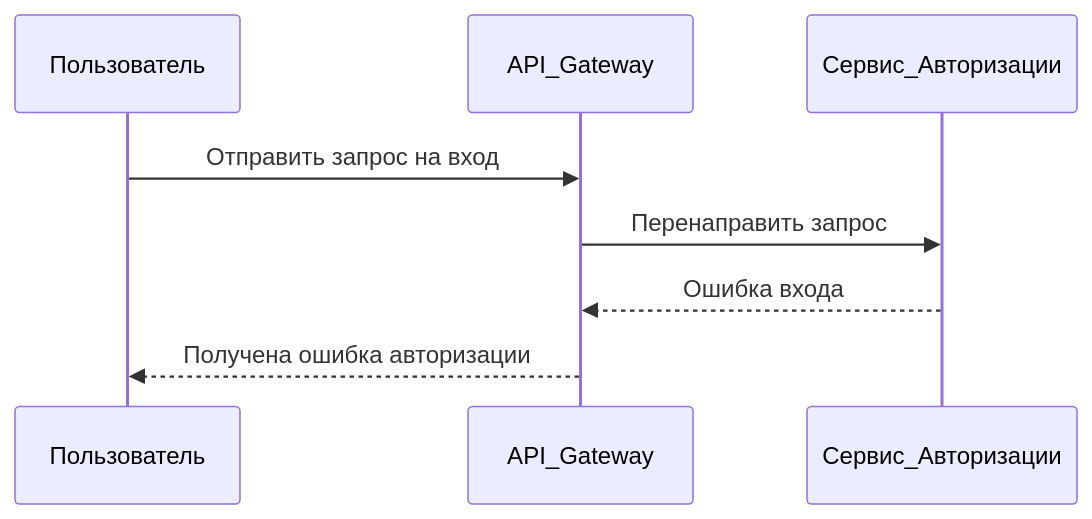
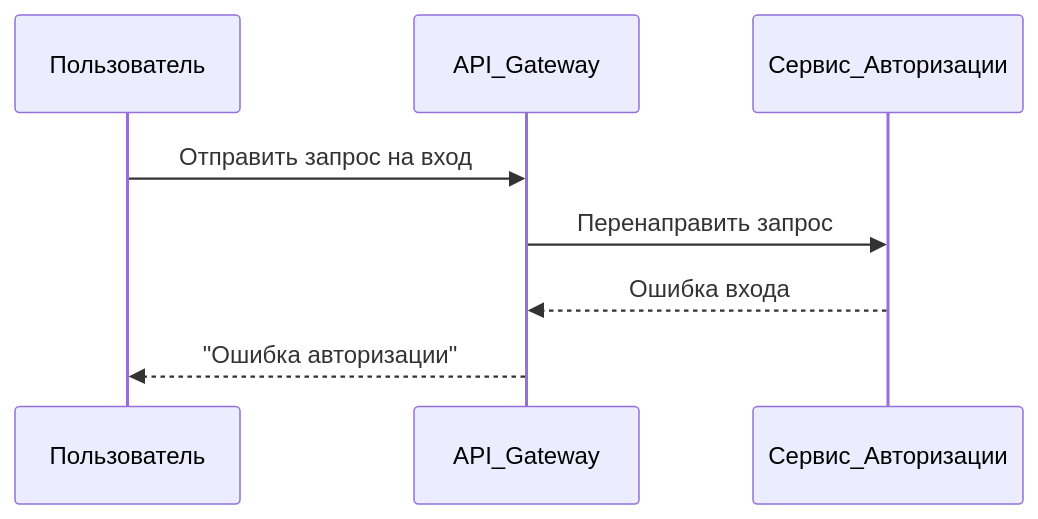
The first of 8 diagrams in architecture/critical-business-processes.md (andreyantropov/architect-coursework), drawn with Mermaid before and after one commit. The commit also changed other lines of this file, not shown here.

Commit message:
fix: Поправлены некоторые схемы в критических бизнес-процессах.

````diff
--- a/architecture/critical-business-processes.md
+++ b/architecture/critical-business-processes.md
@@ -4,11 +4,11 @@
 ```mermaid
 sequenceDiagram
     participant Пользователь
     participant API_Gateway
     participant Сервис_Авторизации
     
     Пользователь->>API_Gateway: Отправить запрос на вход
     API_Gateway->>Сервис_Авторизации: Перенаправить запрос
     Сервис_Авторизации-->>API_Gateway: Ошибка входа
-    API_Gateway-->>Пользователь: Получена ошибка авторизации
+    API_Gateway-->>Пользователь: "Ошибка авторизации"
 ```
````
